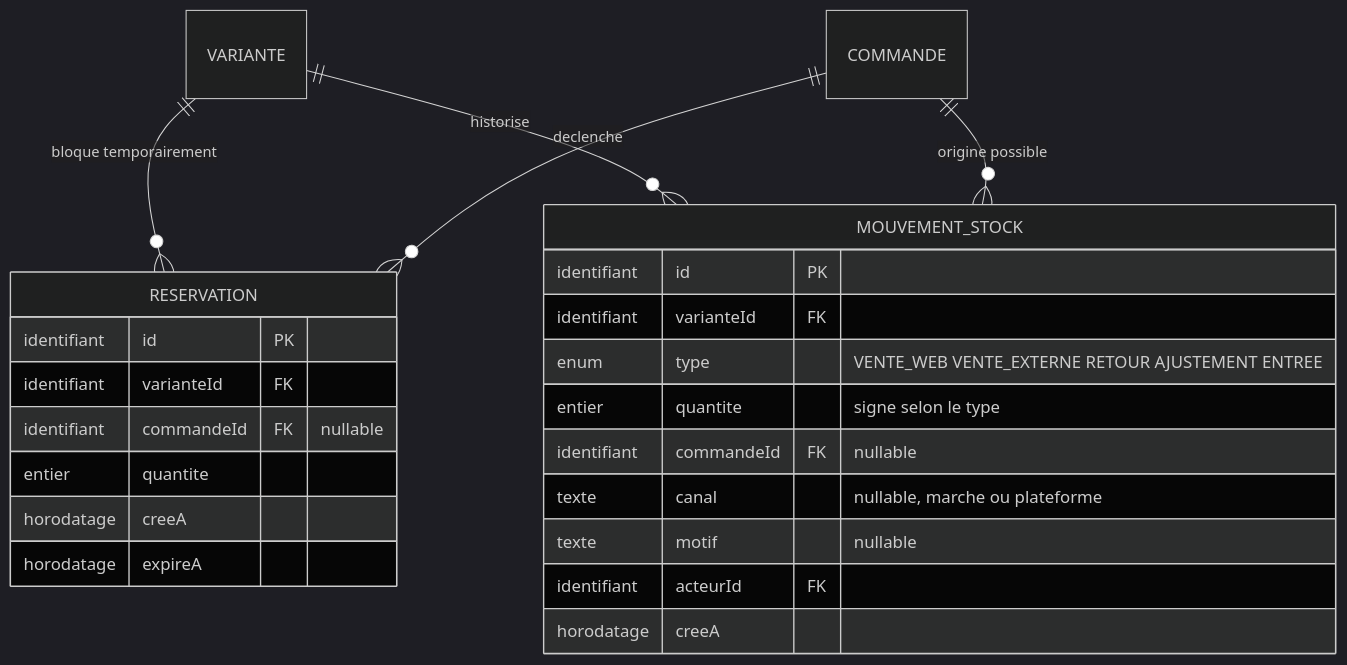
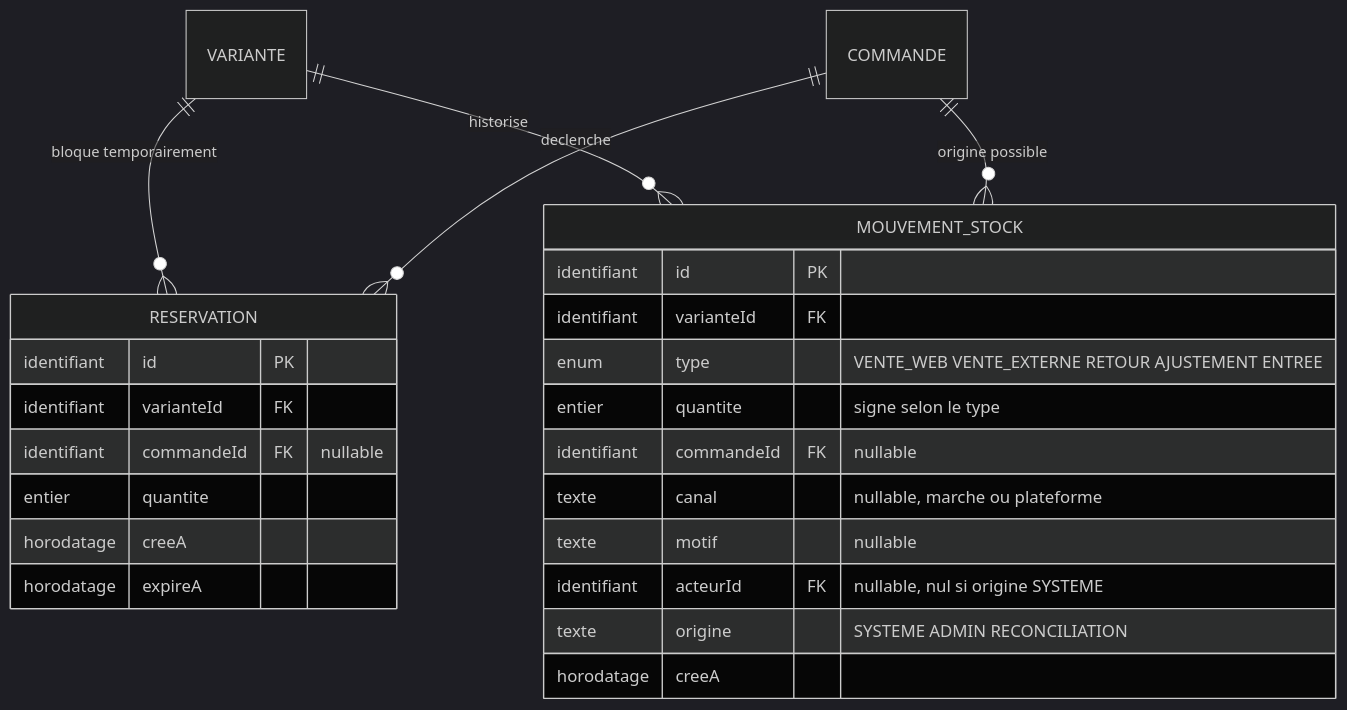
Before and after one commit to krismos64/lune-soleil: the third of 9 diagrams in docs/architecture/MODELE-CONCEPTUEL.md, drawn with Mermaid (dark theme). The commit also changed other lines of this file and 4 other files, not shown here.

````diff
--- a/docs/architecture/MODELE-CONCEPTUEL.md
+++ b/docs/architecture/MODELE-CONCEPTUEL.md
@@ -284,27 +284,28 @@
 ```mermaid
 erDiagram
     VARIANTE ||--o{ RESERVATION : "bloque temporairement"
     VARIANTE ||--o{ MOUVEMENT_STOCK : "historise"
     COMMANDE ||--o{ RESERVATION : "declenche"
     COMMANDE ||--o{ MOUVEMENT_STOCK : "origine possible"
 
     RESERVATION {
         identifiant id PK
         identifiant varianteId FK
         identifiant commandeId FK "nullable"
         entier quantite
         horodatage creeA
         horodatage expireA
     }
     MOUVEMENT_STOCK {
         identifiant id PK
         identifiant varianteId FK
         enum type "VENTE_WEB VENTE_EXTERNE RETOUR AJUSTEMENT ENTREE"
         entier quantite "signe selon le type"
         identifiant commandeId FK "nullable"
         texte canal "nullable, marche ou plateforme"
         texte motif "nullable"
-        identifiant acteurId FK
+        identifiant acteurId FK "nullable, nul si origine SYSTEME"
+        texte origine "SYSTEME ADMIN RECONCILIATION"
         horodatage creeA
     }
 ```
````
